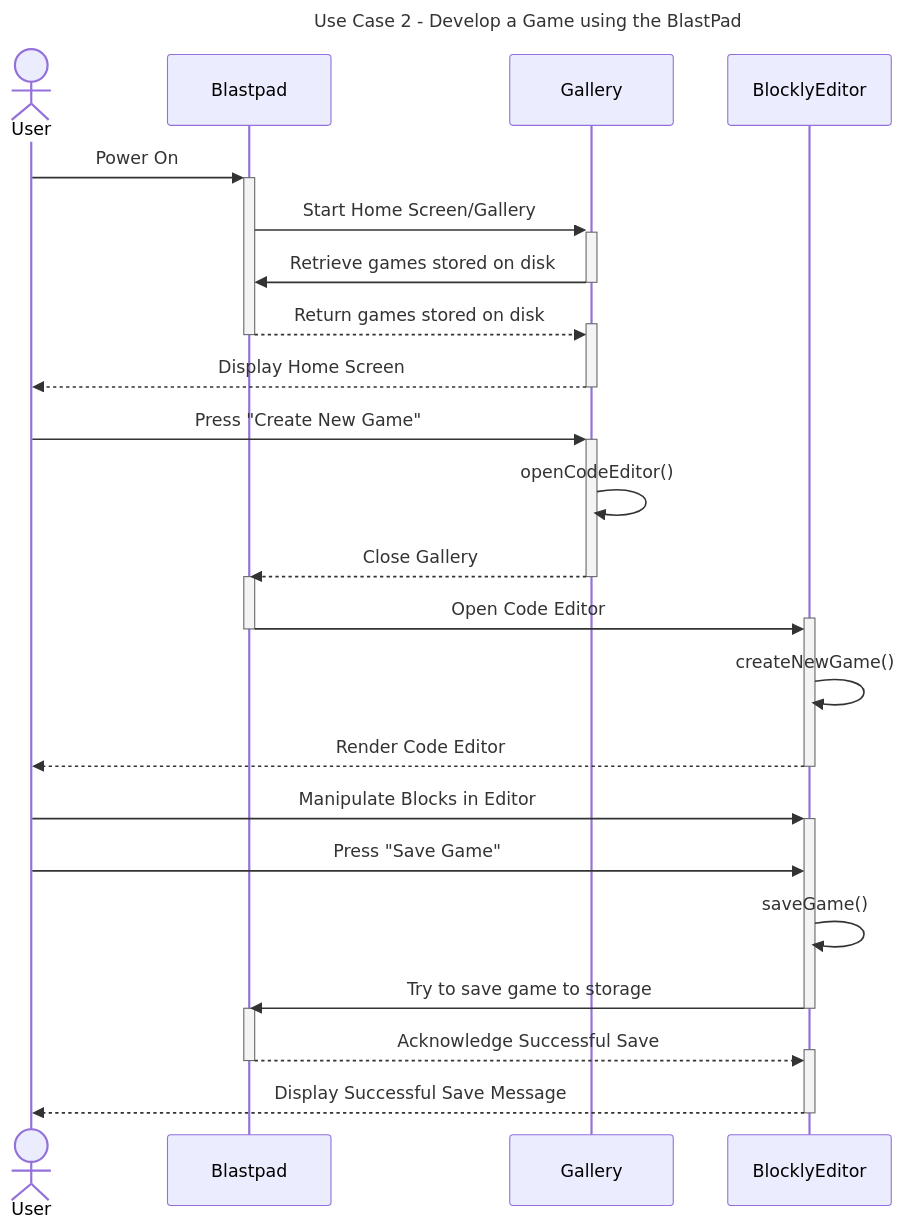
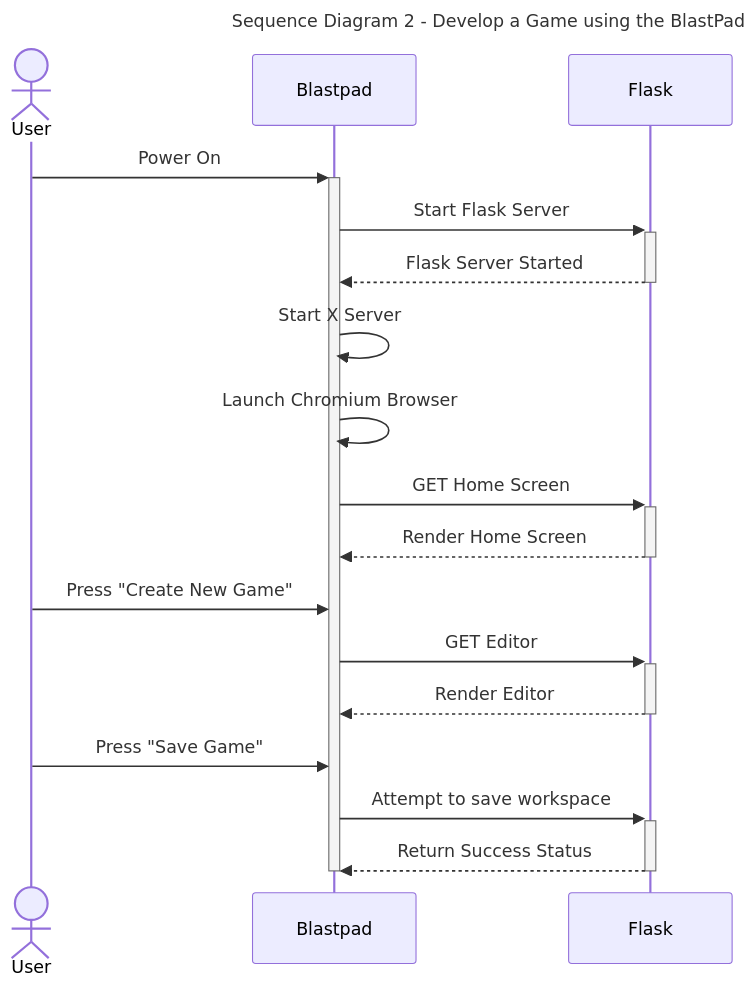
One commit to Capstone-Projects-2024-Spring/project-blastpad changed the second of 11 diagrams in documentation/docs/requirements/use-case-descriptions.md. Above: the diagram before and after it, drawn with Mermaid. The commit also changed other lines of this file and 3 other files, not shown here.

Commit message:
Use Case Seq Diagrams

````diff
--- a/documentation/docs/requirements/use-case-descriptions.md
+++ b/documentation/docs/requirements/use-case-descriptions.md
@@ -49,33 +53,29 @@
 ```mermaid
 ---
-title: "Use Case 2 - Develop a Game using the BlastPad"
+title: "Sequence Diagram 2 - Develop a Game using the BlastPad"
 ---
 
 sequenceDiagram
 actor User
 User->>+Blastpad: Power On
-Blastpad->>+Gallery: Start Home Screen/Gallery
-Gallery->>-Blastpad: Retrieve games stored on disk
-Blastpad-->>+Gallery: Return games stored on disk
-deactivate Blastpad	
-Gallery-->>-User: Display Home Screen
+Blastpad->>+Flask: Start Flask Server
+Flask-->>-Blastpad: Flask Server Started
+Blastpad->>Blastpad: Start X Server
+Blastpad->>Blastpad: Launch Chromium Browser
 
 
-User->>+Gallery: Press "Create New Game"
-Gallery->>Gallery: openCodeEditor()
-Gallery-->>-Blastpad: Close Gallery
-activate Blastpad
-Blastpad->>+BlocklyEditor: Open Code Editor
+Blastpad->>+Flask: GET Home Screen
+Flask-->>-Blastpad: Render Home Screen
+
+
+User->>Blastpad: Press "Create New Game"
+Blastpad->>+Flask: GET Editor
+Flask-->>-Blastpad: Render Editor
+User->>Blastpad: Press "Save Game"
+Blastpad->>+Flask: Attempt to save workspace
+Flask-->>-Blastpad: Return Success Status
+
 deactivate Blastpad
-BlocklyEditor->>BlocklyEditor: createNewGame()
-BlocklyEditor-->>-User: Render Code Editor
-User->>+BlocklyEditor: Manipulate Blocks in Editor
-User->>BlocklyEditor: Press "Save Game"
-BlocklyEditor->>BlocklyEditor: saveGame()
-BlocklyEditor->>-Blastpad: Try to save game to storage
-activate Blastpad
-Blastpad-->>+BlocklyEditor: Acknowledge Successful Save
-deactivate Blastpad
-BlocklyEditor-->>-User: Display Successful Save Message
+
 
 ```
````
